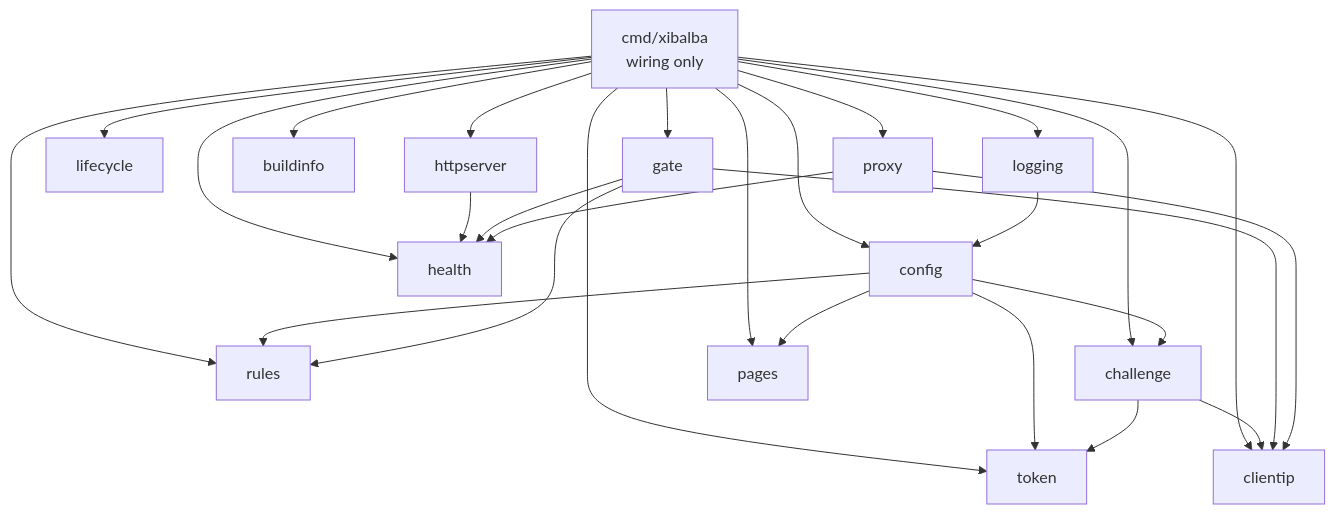
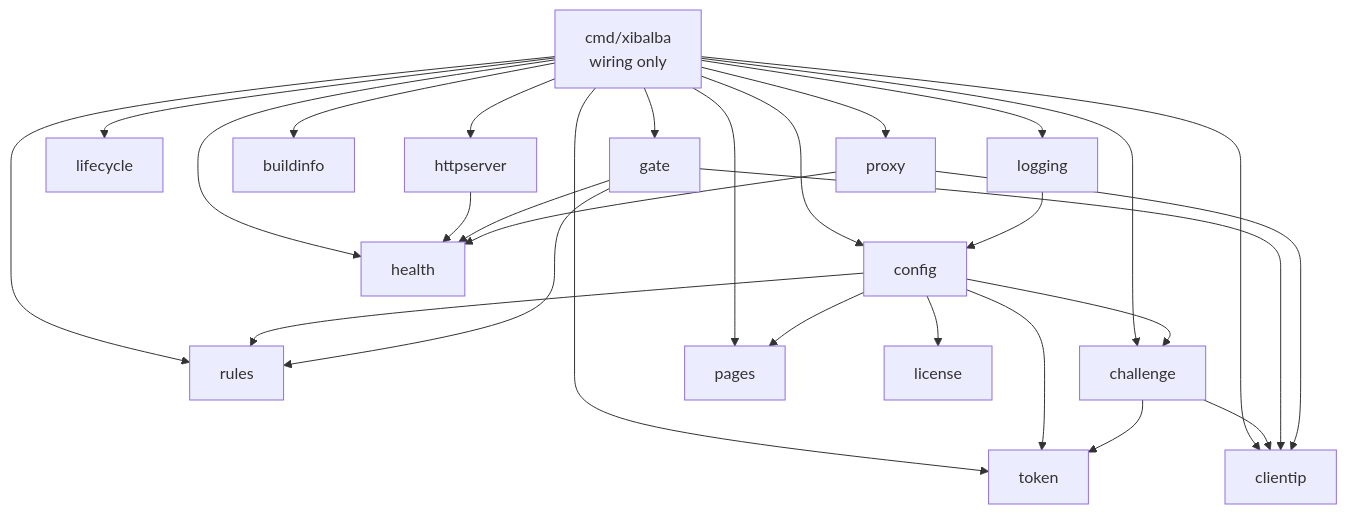
One commit to MaMoja/xibalba changed the first of 2 diagrams in docs/ARCHITECTURE.md. Above: the diagram before and after it, drawn with Mermaid. The commit also changed other lines of this file and 32 other files, not shown here.

````diff
--- a/docs/ARCHITECTURE.md
+++ b/docs/ARCHITECTURE.md
@@ -26,29 +26,30 @@
 ```mermaid
 flowchart TD
     main[cmd/xibalba<br>wiring only] --> config
     main --> logging
     main --> lifecycle
     main --> health
     main --> httpserver
     main --> buildinfo
     main --> clientip
     main --> rules
     main --> token
     main --> challenge
     main --> gate
     main --> pages
     main --> proxy
     logging --> config
     config --> rules
     httpserver --> health
+    config --> license
     config --> pages
     config --> challenge
     config --> token
     challenge --> token
     challenge --> clientip
     gate --> rules
     gate --> clientip
     gate --> health
     proxy --> health
     proxy --> clientip
 ```
````
